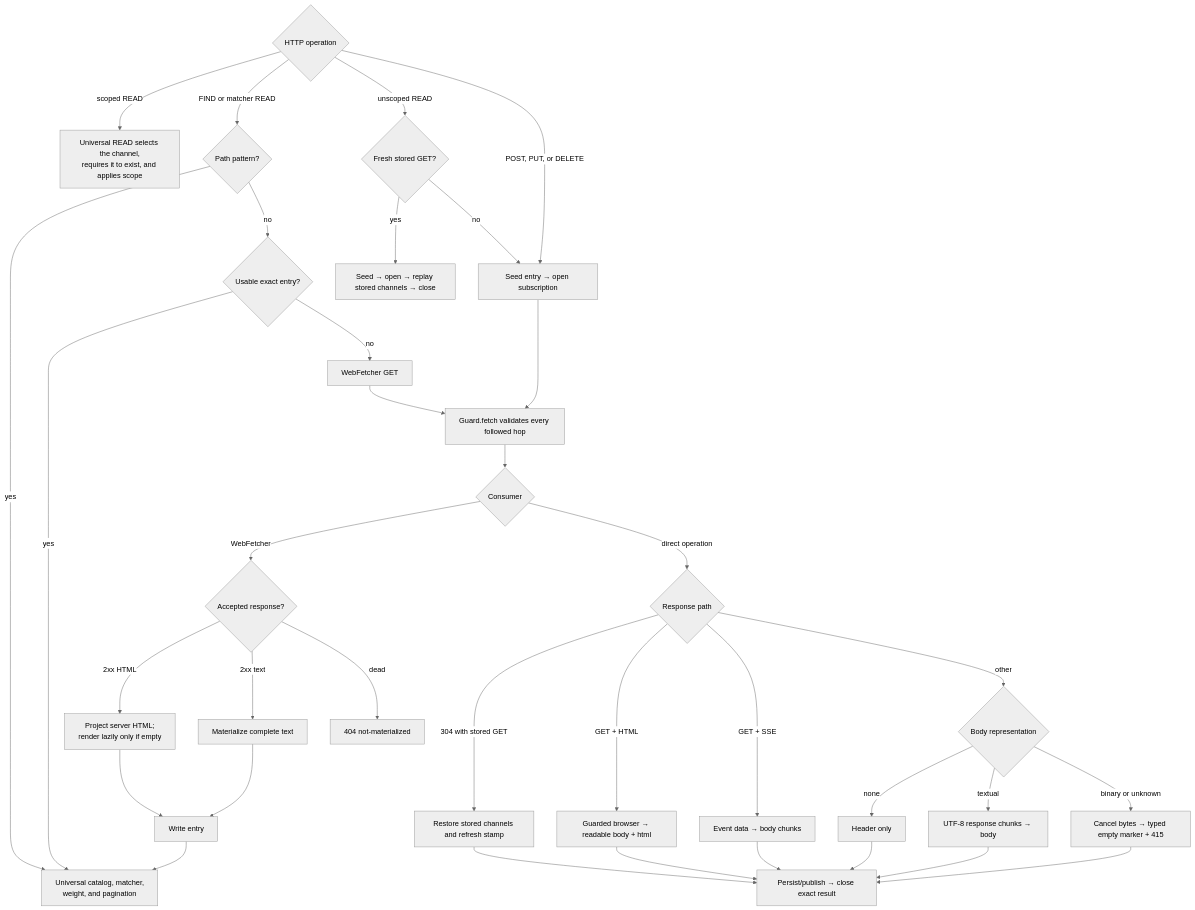
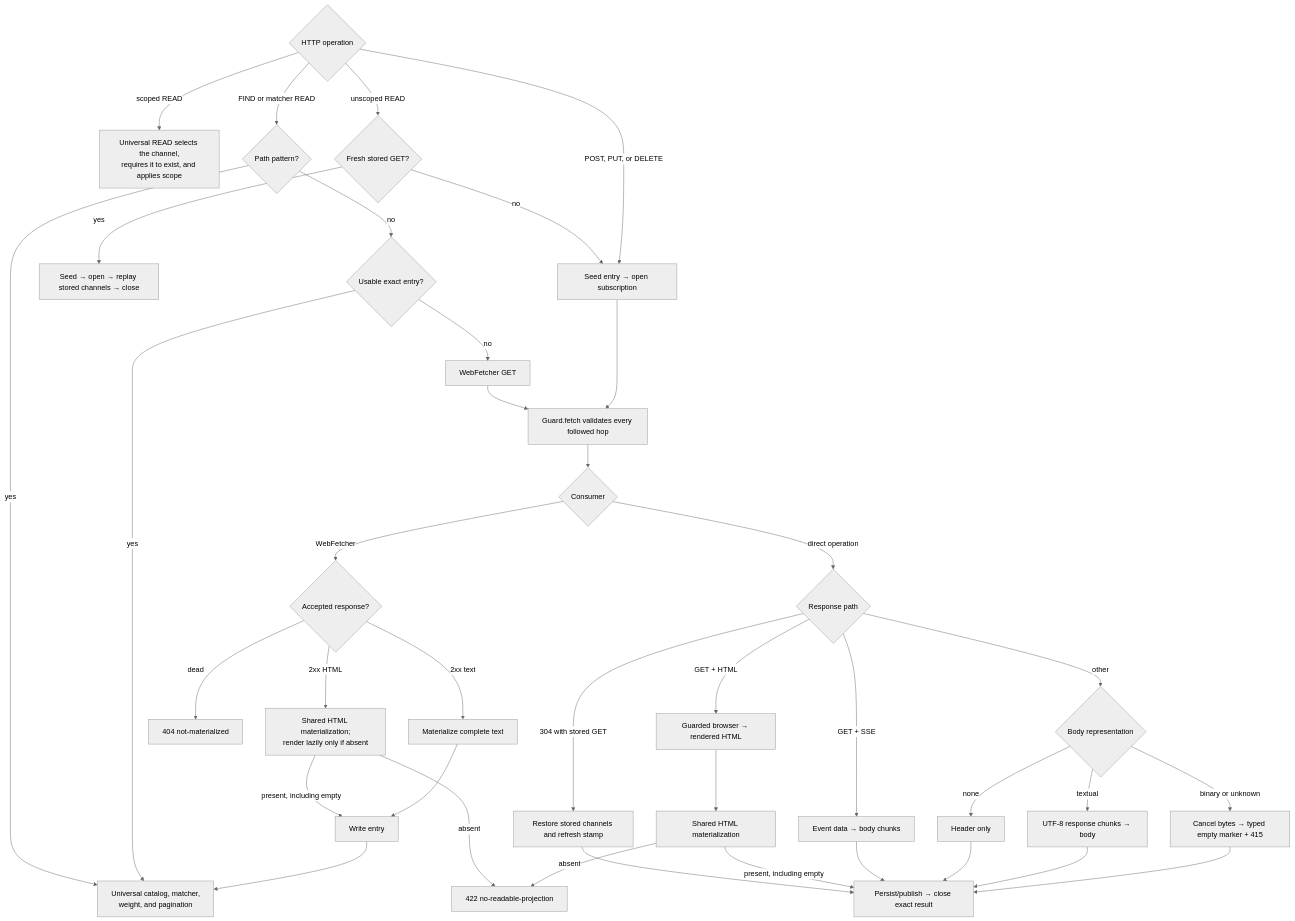
One commit to plurnk/plurnk-service changed the first of 2 diagrams in plurnk-schemes-http/SPEC.md. Above: the diagram before and after it, drawn with Mermaid (neutral theme). The commit also changed other lines of this file and 15 other files, not shown here.

Commit message:
fix(http): unify HTML projection materialization (#121)

````diff
--- a/plurnk-schemes-http/SPEC.md
+++ b/plurnk-schemes-http/SPEC.md
@@ -62,44 +62,47 @@
 ```mermaid
 flowchart TD
     op{"HTTP operation"}
 
     op -->|scoped READ| selected["Universal READ selects the channel,<br/>requires it to exist, and applies scope"]
 
     op -->|FIND or matcher READ| pattern{"Path pattern?"}
     pattern -->|yes| query["Universal catalog, matcher,<br/>weight, and pagination"]
     pattern -->|no| usable{"Usable exact entry?"}
     usable -->|yes| query
     usable -->|no| prefetch["WebFetcher GET"]
 
     op -->|unscoped READ| fresh{"Fresh stored GET?"}
     fresh -->|yes| replay["Seed → open → replay stored channels → close"]
     fresh -->|no| stream["Seed entry → open subscription"]
     op -->|POST, PUT, or DELETE| stream
 
     prefetch --> guard["Guard.fetch validates every followed hop"]
     stream --> guard
     guard --> owner{"Consumer"}
 
     owner -->|WebFetcher| prefetchType{"Accepted response?"}
-    prefetchType -->|2xx HTML| prefetchHtml["Project server HTML;<br/>render lazily only if empty"]
+    prefetchType -->|2xx HTML| prefetchHtml["Shared HTML materialization;<br/>render lazily only if absent"]
     prefetchType -->|2xx text| prefetchText["Materialize complete text"]
     prefetchType -->|dead| dead["404 not-materialized"]
-    prefetchHtml --> materialize["Write entry"]
+    prefetchHtml -->|present, including empty| materialize["Write entry"]
+    prefetchHtml -->|absent| noProjection["422 no-readable-projection"]
     prefetchText --> materialize
     materialize --> query
 
     owner -->|direct operation| response{"Response path"}
     response -->|304 with stored GET| restore["Restore stored channels and refresh stamp"]
-    response -->|GET + HTML| render["Guarded browser → readable body + html"]
+    response -->|GET + HTML| render["Guarded browser → rendered HTML"]
     response -->|GET + SSE| events["Event data → body chunks"]
     response -->|other| representation{"Body representation"}
     representation -->|none| empty["Header only"]
     representation -->|textual| text["UTF-8 response chunks → body"]
     representation -->|binary or unknown| binary["Cancel bytes → typed empty marker + 415"]
     restore --> close["Persist/publish → close exact result"]
-    render --> close
+    render --> directHtml["Shared HTML materialization"]
+    directHtml -->|present, including empty| close
+    directHtml -->|absent| noProjection
     events --> close
     empty --> close
     text --> close
     binary --> close
 ```
````
